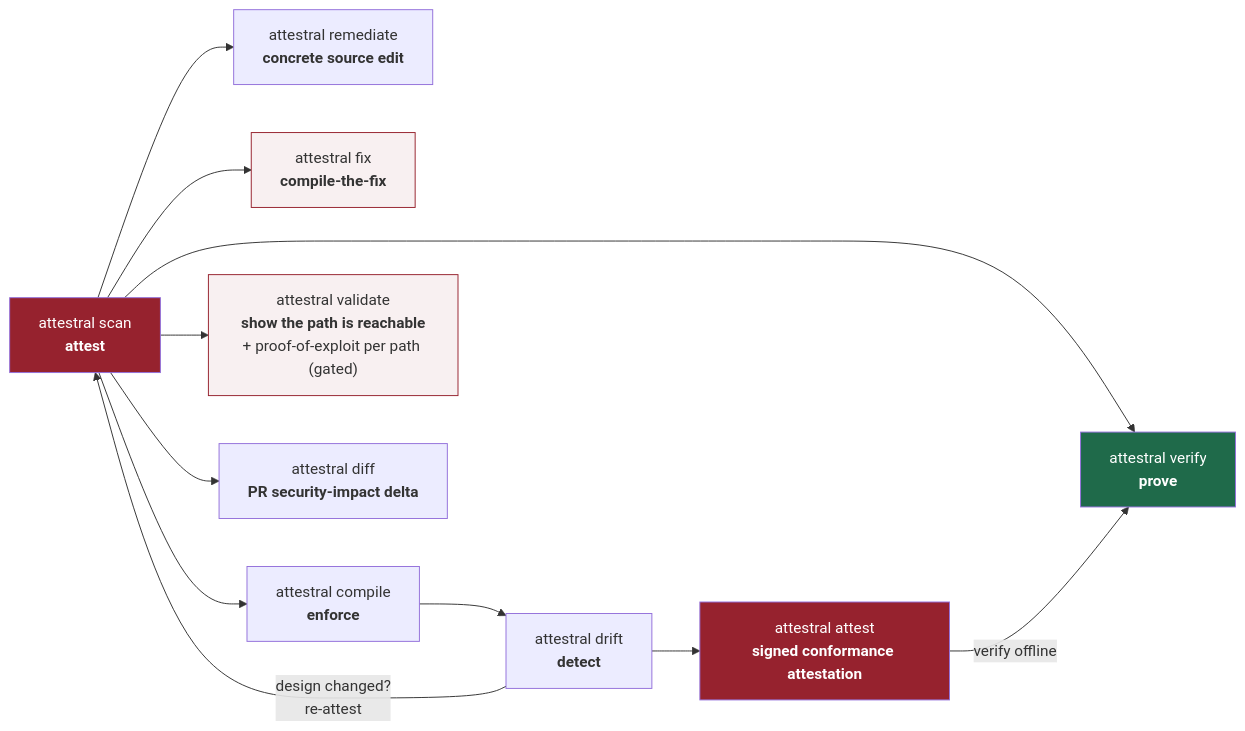
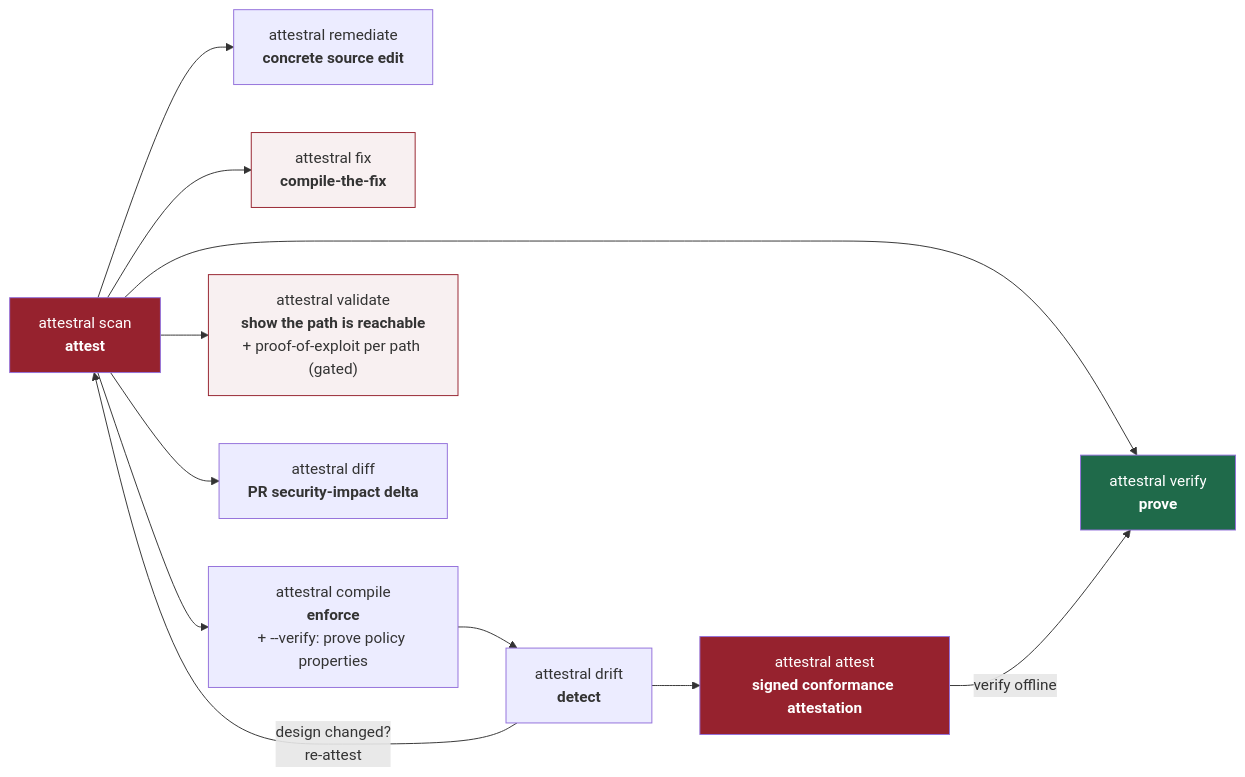
One commit to attestral-labs/attestral changed the second of 4 diagrams in README.md. Above: the diagram before and after it, drawn with Mermaid. The commit also changed other lines of this file and 87 other files, not shown here.

````diff
--- a/README.md
+++ b/README.md
@@ -267,18 +271,18 @@
 ```mermaid
 flowchart LR
     A["attestral scan<br/><b>attest</b>"] --> B["attestral verify<br/><b>prove</b>"]
     A --> R["attestral remediate<br/><b>concrete source edit</b>"]
     A --> F["attestral fix<br/><b>compile-the-fix</b>"]
-    A --> C["attestral compile<br/><b>enforce</b>"]
+    A --> C["attestral compile<br/><b>enforce</b><br/>+ --verify: prove policy properties"]
     C --> D["attestral drift<br/><b>detect</b>"]
     D --> AT["attestral attest<br/><b>signed conformance attestation</b>"]
     AT -->|"verify offline"| B
     D -->|"design changed?<br/>re-attest"| A
     A --> V["attestral validate<br/><b>show the path is reachable</b><br/>+ proof-of-exploit per path (gated)"]
     A --> DF["attestral diff<br/><b>PR security-impact delta</b>"]
     style A fill:#96222E,color:#fff
     style B fill:#1F6A4A,color:#fff
     style F fill:#96222E11,stroke:#96222E
     style V fill:#96222E11,stroke:#96222E
     style AT fill:#96222E,color:#fff
 ```
````
